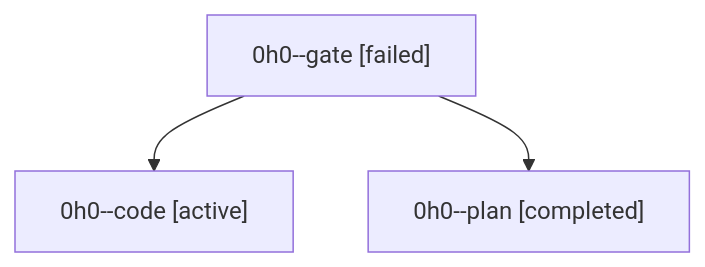
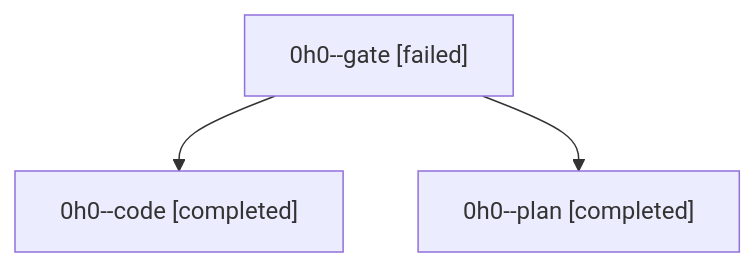
Before and after one commit to bobs-org/bob-cli--agents: the diagram in sessions/bbugyi200.athena.0h0.md, drawn with Mermaid. The commit also changed other lines of this file and 26 other files, not shown here.

````diff
--- a/sessions/bbugyi200.athena.0h0.md
+++ b/sessions/bbugyi200.athena.0h0.md
@@ -9,8 +9,8 @@
 ```mermaid
 flowchart TD
   n0["0h0--gate [failed]"]
-  n1["0h0--code [active]"]
+  n1["0h0--code [completed]"]
   n0 --> n1
   n2["0h0--plan [completed]"]
   n0 --> n2
 ```
````
